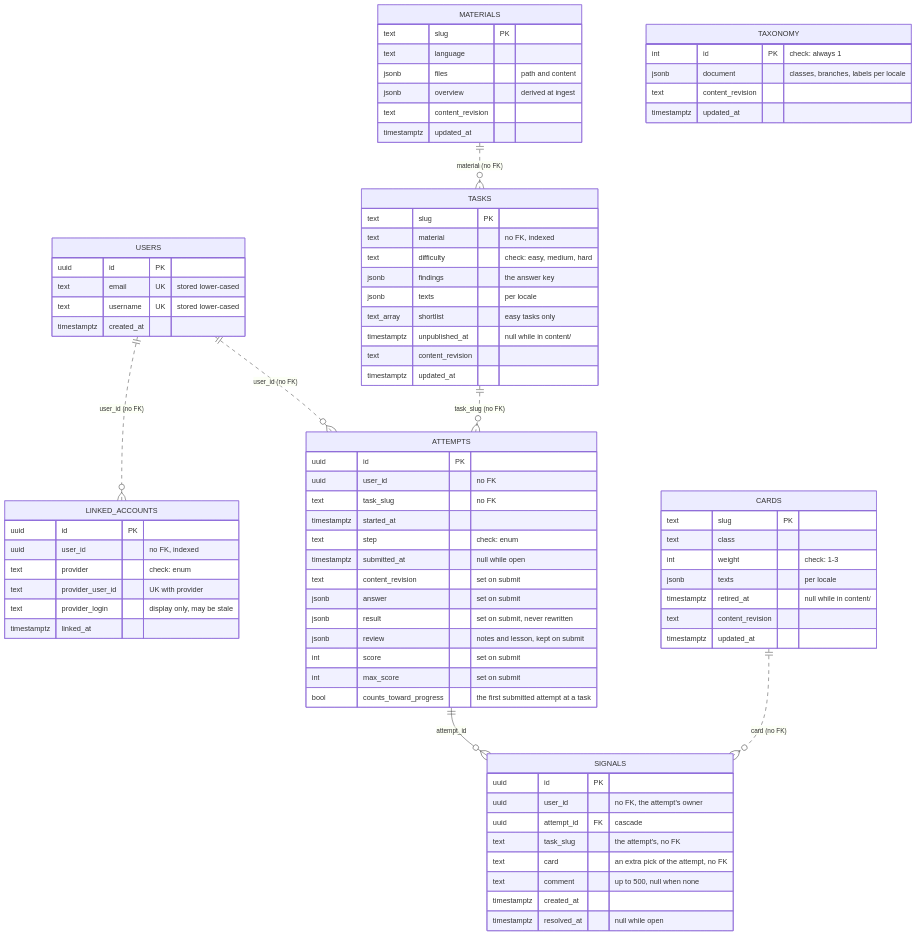
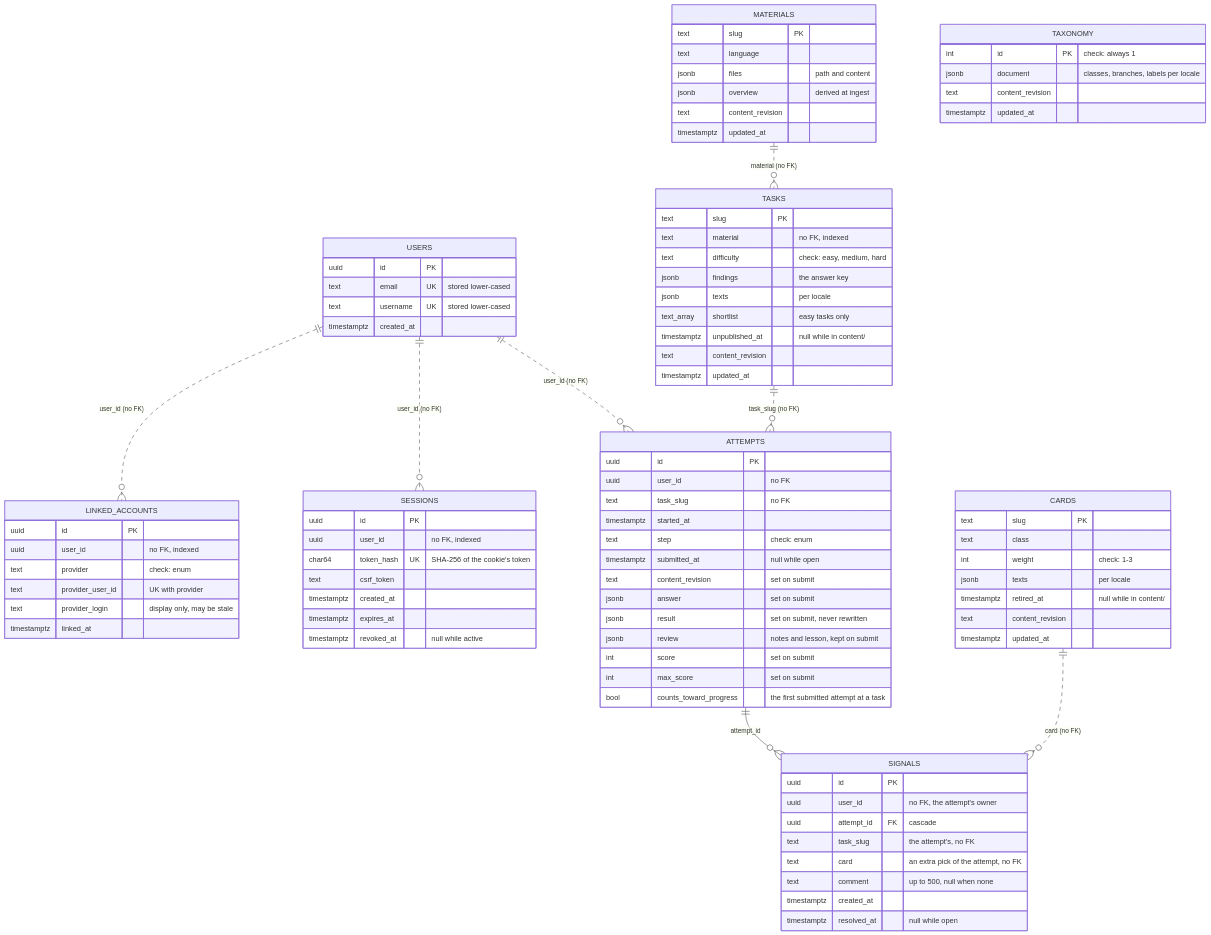
Before and after one commit to shoraLBRT/ritocode: the diagram in docs/DATABASE_SCHEMA.md, drawn with Mermaid. The commit also changed other lines of this file and 29 other files, not shown here.

First line of the commit message:
feat: cookie sessions, sign-out and CSRF protection (#6)

````diff
--- a/docs/DATABASE_SCHEMA.md
+++ b/docs/DATABASE_SCHEMA.md
@@ -27,6 +27,7 @@
 ```mermaid
 erDiagram
     USERS ||..o{ LINKED_ACCOUNTS : "user_id (no FK)"
+    USERS ||..o{ SESSIONS : "user_id (no FK)"
     MATERIALS ||..o{ TASKS : "material (no FK)"
     USERS ||..o{ ATTEMPTS : "user_id (no FK)"
     TASKS ||..o{ ATTEMPTS : "task_slug (no FK)"
@@ -38,6 +39,16 @@
         text email UK "stored lower-cased"
         text username UK "stored lower-cased"
         timestamptz created_at
+    }
+
+    SESSIONS {
+        uuid id PK
+        uuid user_id "no FK, indexed"
+        char64 token_hash UK "SHA-256 of the cookie's token"
+        text csrf_token
+        timestamptz created_at
+        timestamptz expires_at
+        timestamptz revoked_at "null while active"
     }
 
     LINKED_ACCOUNTS {
````
